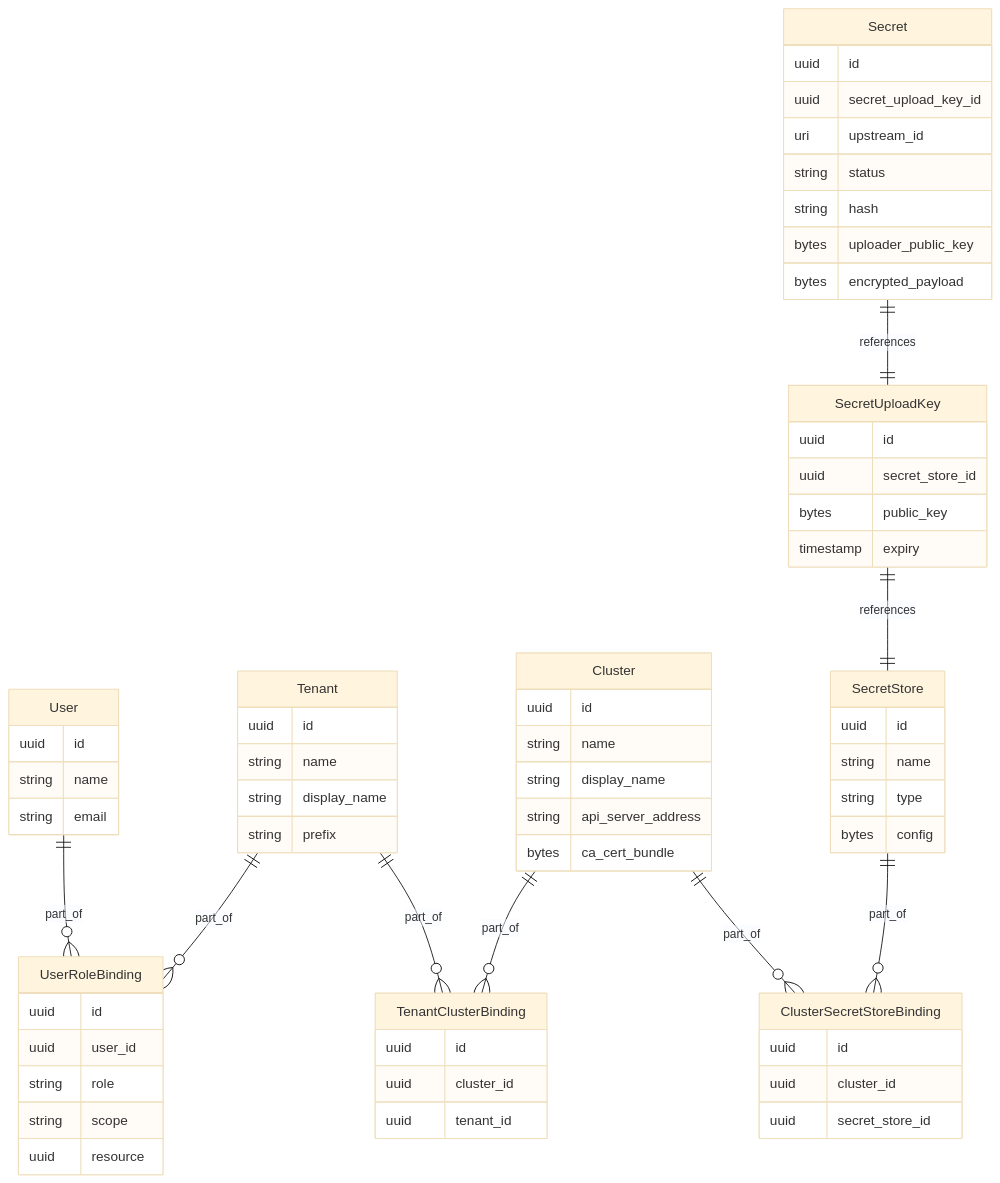
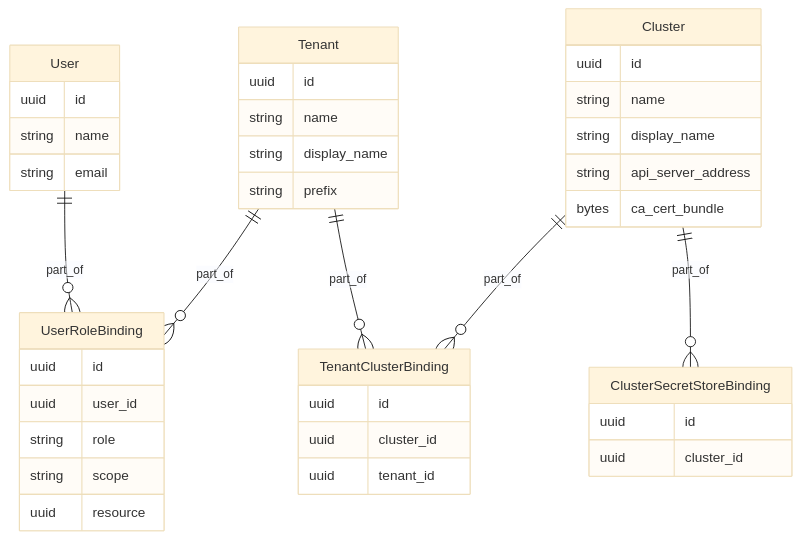
The diagram in docs/concepts/data-model.md (finleap-connect/monoskope), drawn with Mermaid (base theme) before and after one commit.

Commit message:
Cleanup data model by removing secrets

````diff
--- a/docs/concepts/data-model.md
+++ b/docs/concepts/data-model.md
@@ -7,80 +7,50 @@
 ```mermaid
 erDiagram
     User {
         uuid id
         string name
         string email
     }
 
     UserRoleBinding {
         uuid id
         uuid user_id
         string role
         string scope
         uuid resource
     }
 
     Cluster {
         uuid id
         string name
         string display_name
         string api_server_address
         bytes ca_cert_bundle
     }
 
     Tenant {
         uuid id
         string name
         string display_name
         string prefix
     }
 
     TenantClusterBinding {
         uuid id
         uuid cluster_id
         uuid tenant_id
     }
 
     ClusterSecretStoreBinding {
         uuid id
         uuid cluster_id
-        uuid secret_store_id
     }
-
-    SecretStore {
-        uuid id
-        string name
-        string type
-        bytes config
-    }
-
-    Secret {
-        uuid id
-        uuid secret_upload_key_id
-        uri upstream_id
-        string status
-        string hash
-        bytes uploader_public_key
-        bytes encrypted_payload
-    }
-
-    SecretUploadKey {
-       uuid id
-       uuid secret_store_id
-       bytes public_key
-       timestamp expiry
-    }
-
-    Secret ||--|| SecretUploadKey : references
-
-    SecretUploadKey ||--|| SecretStore : references
 
     User ||--o{ UserRoleBinding : part_of
     Tenant ||--o{ UserRoleBinding : part_of
 
     Tenant ||--o{ TenantClusterBinding : part_of
     Cluster ||--o{ TenantClusterBinding : part_of
 
     Cluster ||--o{ ClusterSecretStoreBinding : part_of
-    SecretStore ||--o{ ClusterSecretStoreBinding : part_of
 ```
````
